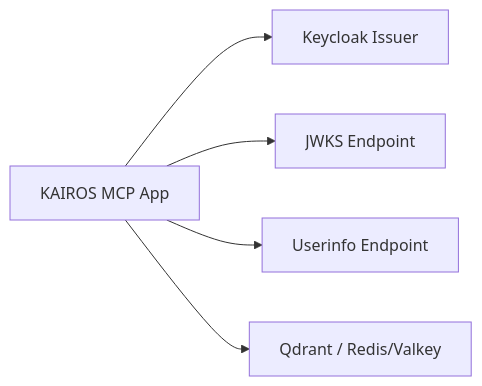
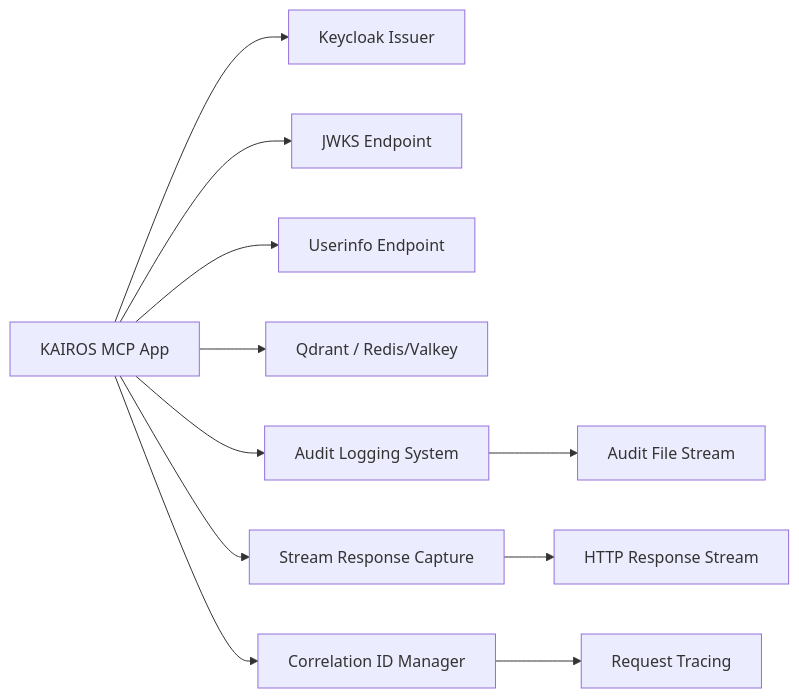
The fifth of 5 diagrams in .qoder/repowiki/en/content/Security Considerations.md (debian777/kairos-mcp), drawn with Mermaid before and after one commit. The commit also changed other lines of this file and 44 other files, not shown here.

````diff
--- a/.qoder/repowiki/en/content/Security Considerations.md
+++ b/.qoder/repowiki/en/content/Security Considerations.md
@@ -262,7 +406,13 @@
 ```mermaid
 graph LR
 APP["KAIROS MCP App"] --> ISSUER["Keycloak Issuer"]
 APP --> JWKS["JWKS Endpoint"]
 APP --> USERINFO["Userinfo Endpoint"]
 APP --> STORE["Qdrant / Redis/Valkey"]
+APP --> AUDIT["Audit Logging System"]
+APP --> RESP_CAPTURE["Stream Response Capture"]
+APP --> CORR_ID["Correlation ID Manager"]
+AUDIT --> FILE["Audit File Stream"]
+RESP_CAPTURE --> STREAM["HTTP Response Stream"]
+CORR_ID --> TRACE["Request Tracing"]
 ```
````
